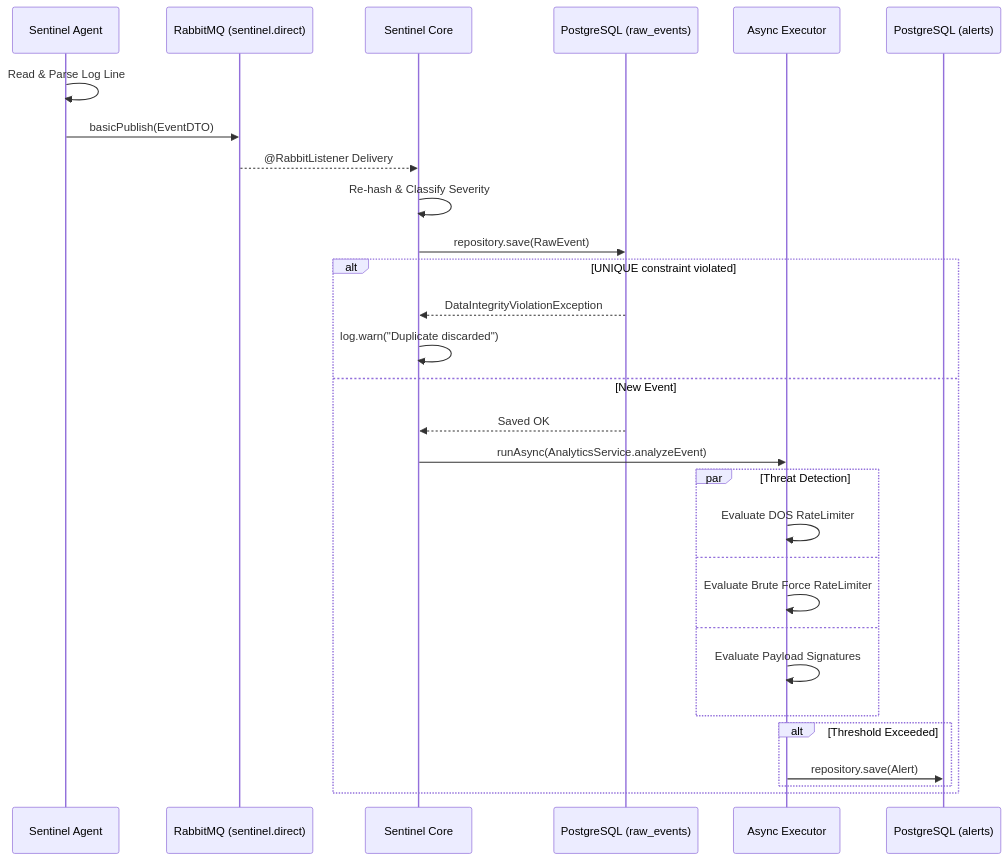
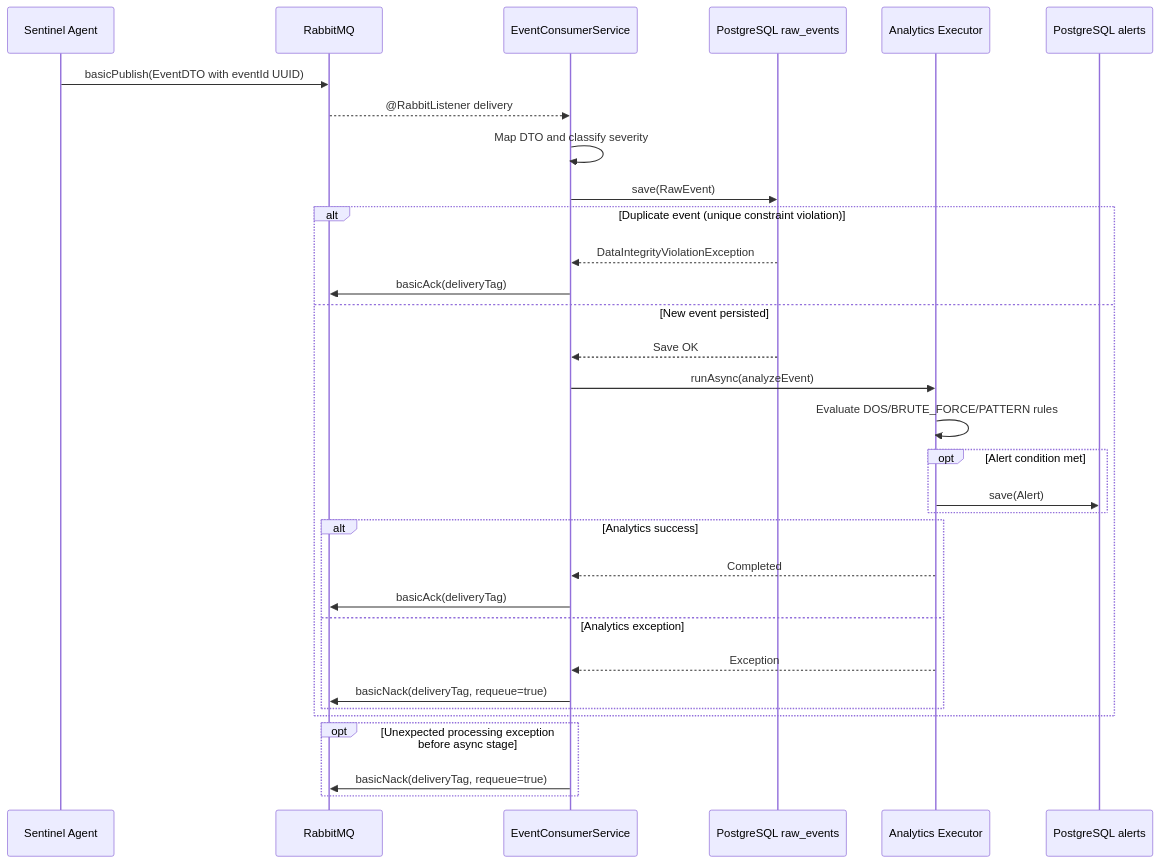
The first of 2 diagrams in docs/uml/Sequence_UML.md (ZGr3Y/sentinel-distributed-siem), drawn with Mermaid before and after one commit. The commit also changed other lines of this file and 7 other files, not shown here.

Commit message:
docs: add project guidelines covering architecture, build, test, coding conventions, and pitfalls

````diff
--- a/docs/uml/Sequence_UML.md
+++ b/docs/uml/Sequence_UML.md
@@ -7,36 +7,40 @@
 ```mermaid
 sequenceDiagram
     participant Agent as Sentinel Agent
-    participant RMQ as RabbitMQ (sentinel.direct)
-    participant Core as Sentinel Core
-    participant DB as PostgreSQL (raw_events)
-    participant Async as Async Executor
-    participant AlertDB as PostgreSQL (alerts)
+    participant RMQ as RabbitMQ
+    participant Core as EventConsumerService
+    participant RawDB as PostgreSQL raw_events
+    participant Async as Analytics Executor
+    participant AlertDB as PostgreSQL alerts
 
-    Agent->>Agent: Read & Parse Log Line
-    Agent->>RMQ: basicPublish(EventDTO)
-    RMQ-->>Core: @RabbitListener Delivery
-    
-    Core->>Core: Re-hash & Classify Severity
-    Core->>DB: repository.save(RawEvent)
-    
-    alt UNIQUE constraint violated
-        DB-->>Core: DataIntegrityViolationException
-        Core->>Core: log.warn("Duplicate discarded")
-    else New Event
-        DB-->>Core: Saved OK
-        Core->>Async: runAsync(AnalyticsService.analyzeEvent)
-        
-        par Threat Detection
-            Async->>Async: Evaluate DOS RateLimiter
-        and
-            Async->>Async: Evaluate Brute Force RateLimiter
-        and
-            Async->>Async: Evaluate Payload Signatures
+    Agent->>RMQ: basicPublish(EventDTO with eventId UUID)
+    RMQ-->>Core: @RabbitListener delivery
+
+    Core->>Core: Map DTO and classify severity
+    Core->>RawDB: save(RawEvent)
+
+    alt Duplicate event (unique constraint violation)
+        RawDB-->>Core: DataIntegrityViolationException
+        Core->>RMQ: basicAck(deliveryTag)
+    else New event persisted
+        RawDB-->>Core: Save OK
+        Core->>Async: runAsync(analyzeEvent)
+
+        Async->>Async: Evaluate DOS/BRUTE_FORCE/PATTERN rules
+        opt Alert condition met
+            Async->>AlertDB: save(Alert)
         end
-        
-        alt Threshold Exceeded
-            Async->>AlertDB: repository.save(Alert)
+
+        alt Analytics success
+            Async-->>Core: Completed
+            Core->>RMQ: basicAck(deliveryTag)
+        else Analytics exception
+            Async-->>Core: Exception
+            Core->>RMQ: basicNack(deliveryTag, requeue=true)
         end
     end
+
+    opt Unexpected processing exception before async stage
+        Core->>RMQ: basicNack(deliveryTag, requeue=true)
+    end
 ```
````
